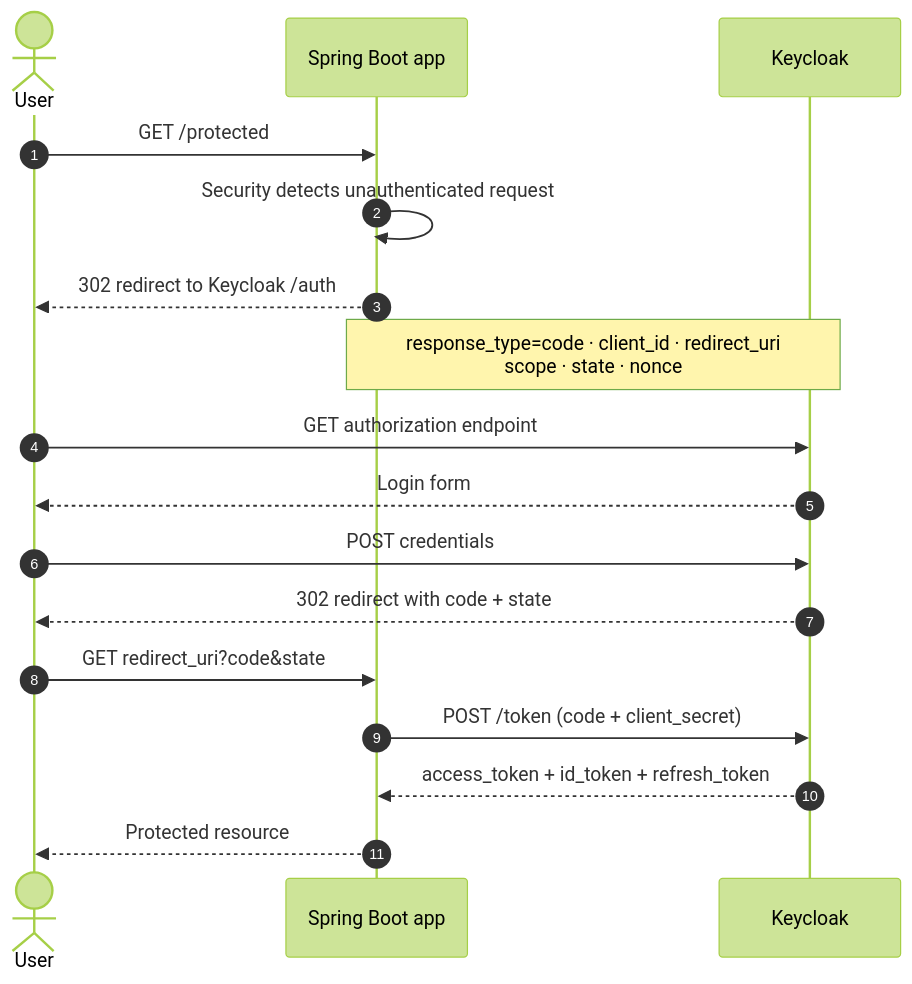
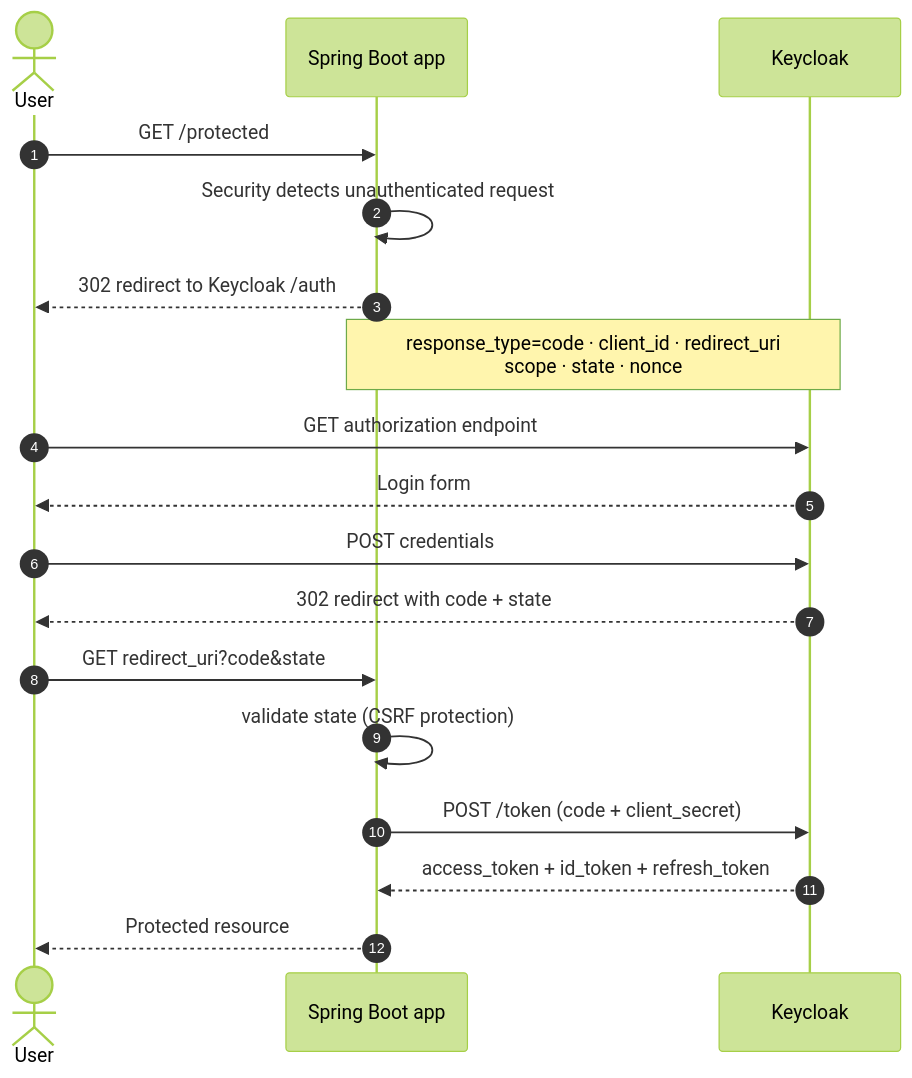
The first of 13 diagrams in docs/_drafts/thesis-concepts.md (mohamad4444/cloud-native-purchase-system), drawn with Mermaid (forest theme) before and after one commit. The commit also changed other lines of this file and 5 other files, not shown here.

Commit message:
docs: correct diagram inaccuracies found in source-code review

````diff
--- a/docs/_drafts/thesis-concepts.md
+++ b/docs/_drafts/thesis-concepts.md
@@ -11,19 +13,20 @@
 ```mermaid
 sequenceDiagram
   autonumber
   actor User
   participant App as Spring Boot app
   participant KC as Keycloak
   User->>App: GET /protected
   App->>App: Security detects unauthenticated request
   App-->>User: 302 redirect to Keycloak /auth
   Note over App,KC: response_type=code · client_id · redirect_uri<br/>scope · state · nonce
   User->>KC: GET authorization endpoint
   KC-->>User: Login form
   User->>KC: POST credentials
   KC-->>User: 302 redirect with code + state
   User->>App: GET redirect_uri?code&state
+  App->>App: validate state (CSRF protection)
   App->>KC: POST /token (code + client_secret)
   KC-->>App: access_token + id_token + refresh_token
   App-->>User: Protected resource
 ```
````
